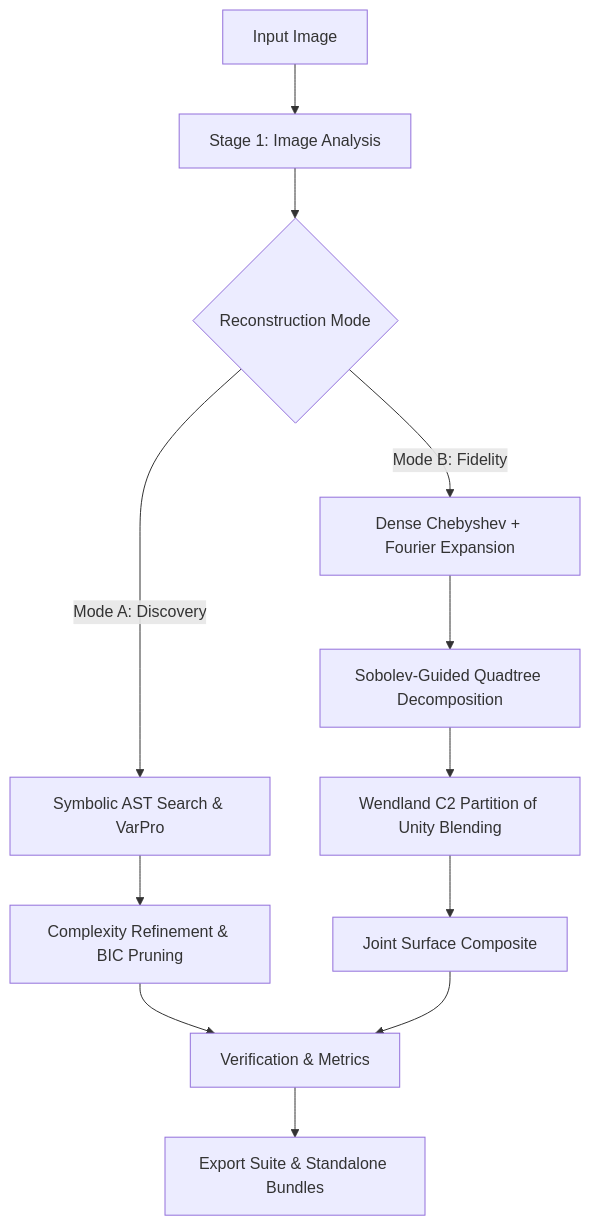
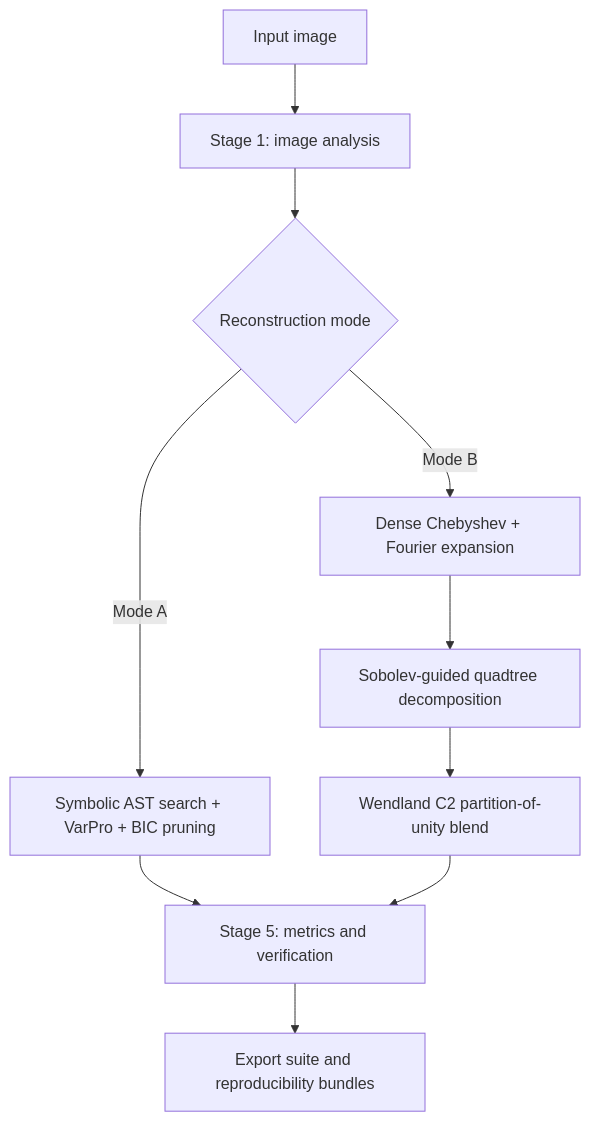
Before and after one commit to rajveersinh-is-dev/MathField: the diagram in README.md, drawn with Mermaid. The commit also changed other lines of this file and 49 other files, not shown here.

````diff
--- a/README.md
+++ b/README.md
@@ -42,14 +110,12 @@
 ```mermaid
-graph TD
-    A[Input Image] --> B[Stage 1: Image Analysis]
-    B --> C{Reconstruction Mode}
-    C -->|Mode A: Discovery| D[Symbolic AST Search & VarPro]
-    C -->|Mode B: Fidelity| E[Dense Chebyshev + Fourier Expansion]
-    E --> F[Sobolev-Guided Quadtree Decomposition]
-    F --> G[Wendland C2 Partition of Unity Blending]
-    D --> H[Complexity Refinement & BIC Pruning]
-    G --> I[Joint Surface Composite]
-    H --> J[Verification & Metrics]
-    I --> J
-    J --> K[Export Suite & Standalone Bundles]
+flowchart TD
+    A[Input image] --> B[Stage 1: image analysis]
+    B --> C{Reconstruction mode}
+    C -->|Mode A| D[Symbolic AST search + VarPro + BIC pruning]
+    C -->|Mode B| E[Dense Chebyshev + Fourier expansion]
+    E --> F[Sobolev-guided quadtree decomposition]
+    F --> G[Wendland C2 partition-of-unity blend]
+    D --> H[Stage 5: metrics and verification]
+    G --> H
+    H --> I[Export suite and reproducibility bundles]
 ```
````
